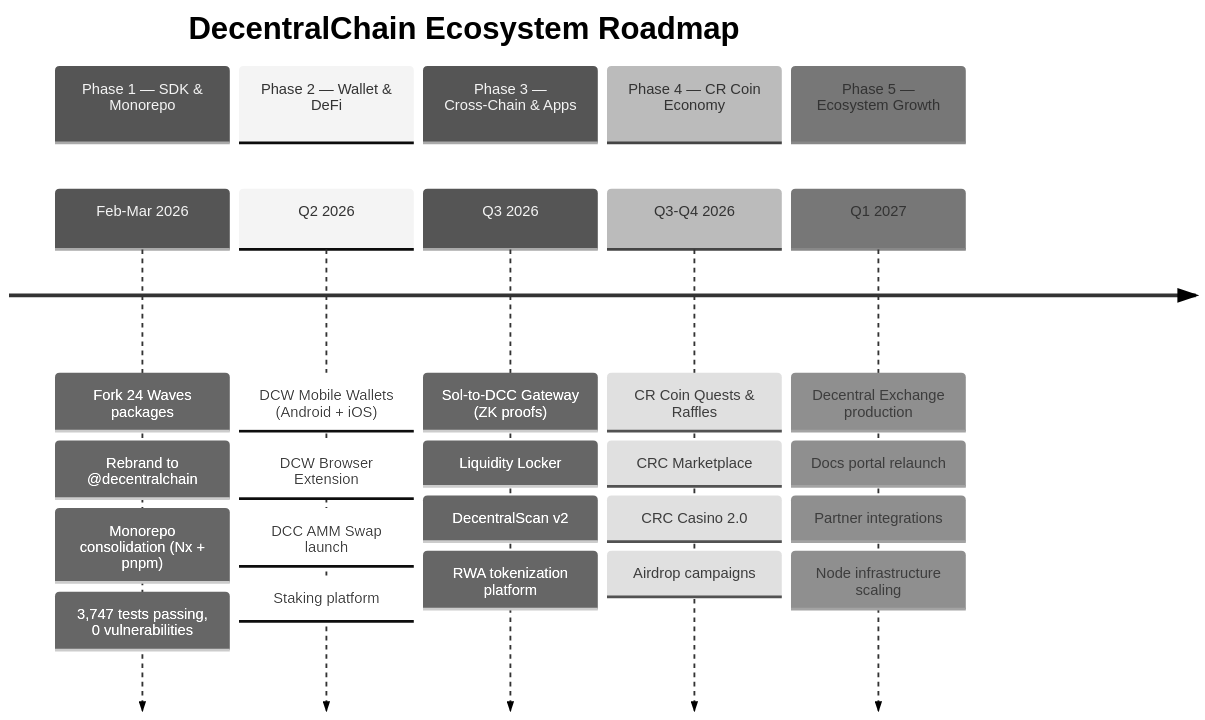
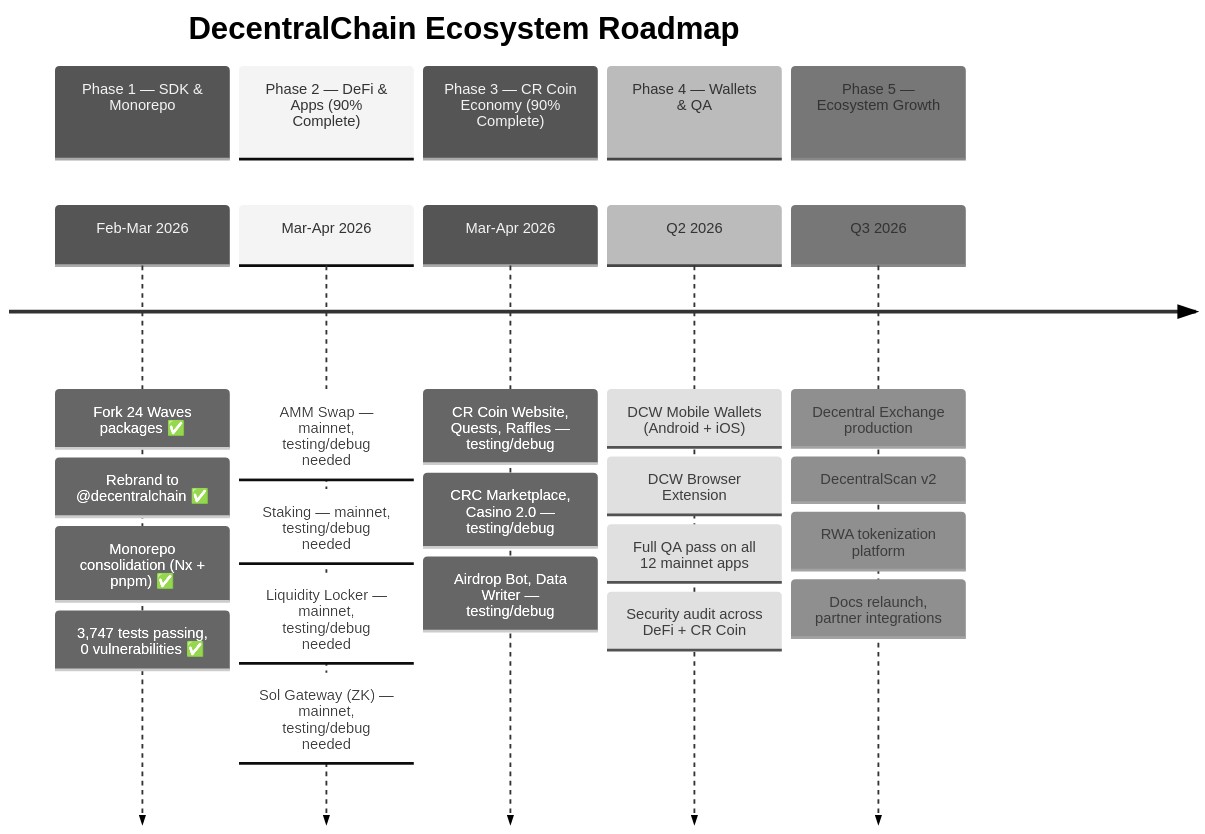
One commit to 33imattei33/roadmap-project changed the first of 11 diagrams in ROADMAP.md. Above: the diagram before and after it, drawn with Mermaid (neutral theme). The commit also changed other lines of this file, not shown here.

First line of the commit message:
Update roadmap: 12 projects are 90% complete and on mainnet

````diff
--- a/ROADMAP.md
+++ b/ROADMAP.md
@@ -24,29 +24,28 @@
 ```mermaid
 timeline
     title DecentralChain Ecosystem Roadmap
     section Phase 1 — SDK & Monorepo
-        Feb-Mar 2026 : Fork 24 Waves packages
-                     : Rebrand to @decentralchain
-                     : Monorepo consolidation (Nx + pnpm)
-                     : 3,747 tests passing, 0 vulnerabilities
-    section Phase 2 — Wallet & DeFi
+        Feb-Mar 2026 : Fork 24 Waves packages ✅
+                     : Rebrand to @decentralchain ✅
+                     : Monorepo consolidation (Nx + pnpm) ✅
+                     : 3,747 tests passing, 0 vulnerabilities ✅
+    section Phase 2 — DeFi & Apps (90% Complete)
+        Mar-Apr 2026 : AMM Swap — mainnet, testing/debug needed
+                     : Staking — mainnet, testing/debug needed
+                     : Liquidity Locker — mainnet, testing/debug needed
+                     : Sol Gateway (ZK) — mainnet, testing/debug needed
+    section Phase 3 — CR Coin Economy (90% Complete)
+        Mar-Apr 2026 : CR Coin Website, Quests, Raffles — testing/debug
+                     : CRC Marketplace, Casino 2.0 — testing/debug
+                     : Airdrop Bot, Data Writer — testing/debug
+    section Phase 4 — Wallets & QA
         Q2 2026 : DCW Mobile Wallets (Android + iOS)
                 : DCW Browser Extension
-                : DCC AMM Swap launch
-                : Staking platform
-    section Phase 3 — Cross-Chain & Apps
-        Q3 2026 : Sol-to-DCC Gateway (ZK proofs)
-                : Liquidity Locker
+                : Full QA pass on all 12 mainnet apps
+                : Security audit across DeFi + CR Coin
+    section Phase 5 — Ecosystem Growth
+        Q3 2026 : Decentral Exchange production
                 : DecentralScan v2
                 : RWA tokenization platform
-    section Phase 4 — CR Coin Economy
-        Q3-Q4 2026 : CR Coin Quests & Raffles
-                   : CRC Marketplace
-                   : CRC Casino 2.0
-                   : Airdrop campaigns
-    section Phase 5 — Ecosystem Growth
-        Q1 2027 : Decentral Exchange production
-                : Docs portal relaunch
-                : Partner integrations
-                : Node infrastructure scaling
+                : Docs relaunch, partner integrations
 ```
````
